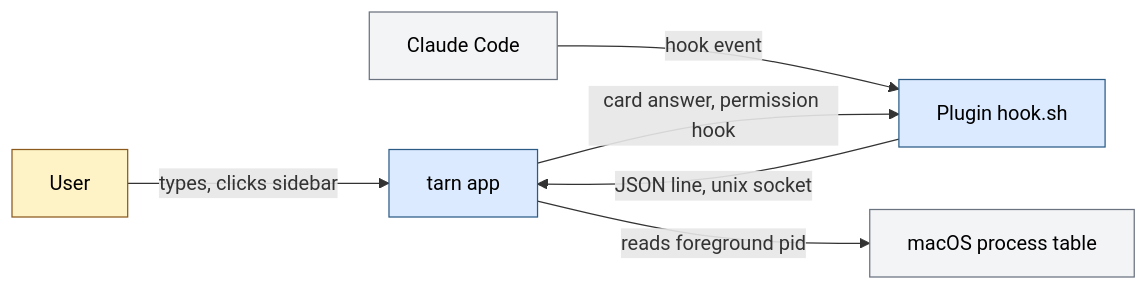
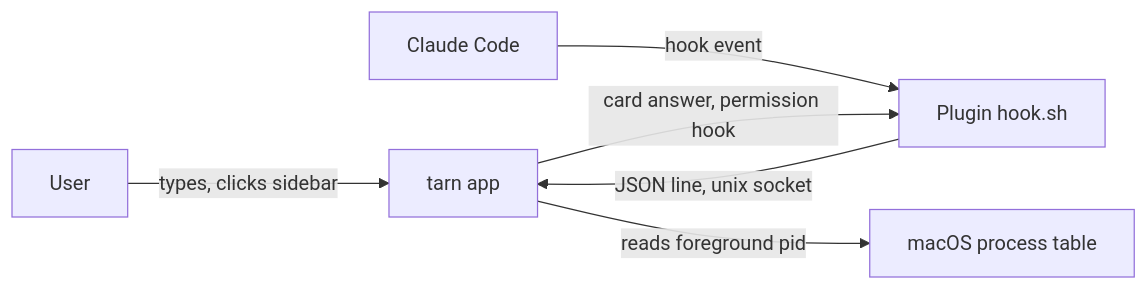
The first of 3 diagrams in docs/architecture.md (daniil4545/tarn), drawn with Mermaid before and after one commit. The commit also changed other lines of this file and 28 other files, not shown here.

First line of the commit message:
docs: fold module documents and feature specs into docs/spec/ and architecture.md (T-546) (#200)

````diff
--- a/docs/architecture.md
+++ b/docs/architecture.md
@@ -26,14 +9,8 @@
 ```mermaid
 flowchart LR
   user["User"] -->|"types, clicks sidebar"| app["tarn app"]
   cc["Claude Code"] -->|"hook event"| plug["Plugin hook.sh"]
   plug -->|"JSON line, unix socket"| app
   app -->|"card answer, permission hook"| plug
   app -->|"reads foreground pid"| os["macOS process table"]
-  classDef ours fill:#dbeafe,stroke:#2c5c86,color:#000
-  classDef external fill:#f3f4f6,stroke:#6b7280,color:#000
-  classDef person fill:#fef3c7,stroke:#8c5a1e,color:#000
-  class app,plug ours
-  class cc,os external
-  class user person
 ```
````
